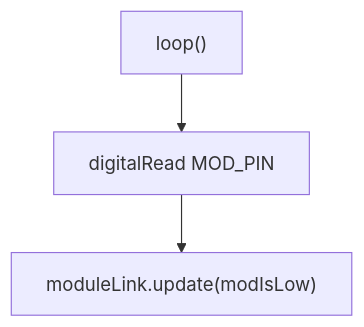
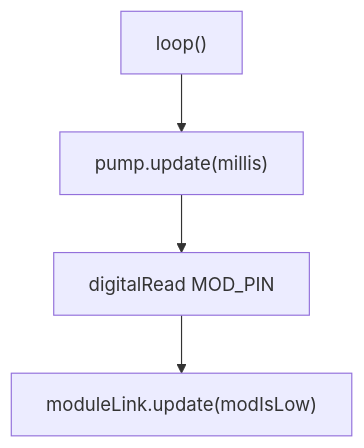
Before and after one commit to WiddleWabbit/MQTT-Module-PumpController: the diagram in Firmware/docs/architecture.md, drawn with Mermaid. The commit also changed other lines of this file and 34 other files, not shown here.

Commit message:
Implemented pump commands in firmware. Adjusted schematic to use correct resistor values.

````diff
--- a/Firmware/docs/architecture.md
+++ b/Firmware/docs/architecture.md
@@ -50,5 +51,6 @@
 ```mermaid
 flowchart TD
-  loop["loop()"] --> read["digitalRead MOD_PIN"]
+  loop["loop()"] --> sample["pump.update(millis)"]
+  sample --> read["digitalRead MOD_PIN"]
   read --> upd["moduleLink.update(modIsLow)"]
 ```
````
